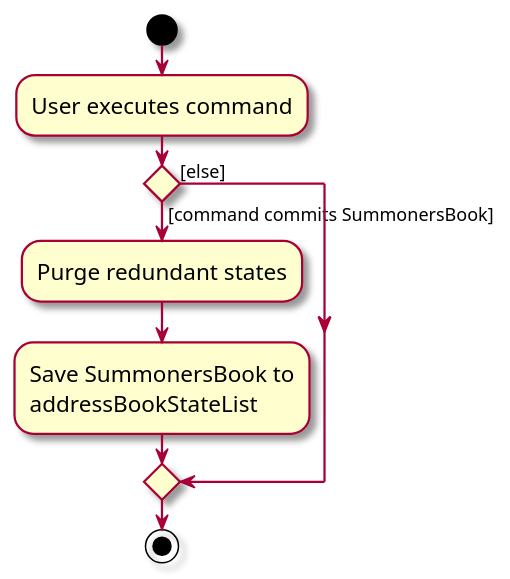
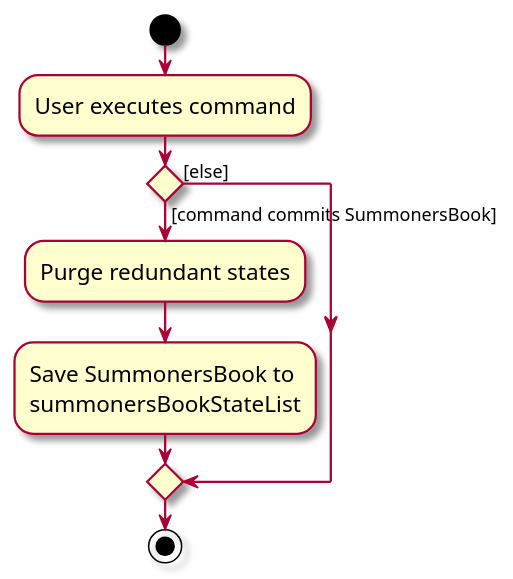
One commit to FatKidddd/tp changed the diagram in docs/diagrams/CommitActivityDiagram.puml. Above: the diagram before and after it, drawn with PlantUML. The commit also changed 22 other files, not shown here.

Commit message:
Change addressBook to summonersBook

```diff
--- a/docs/diagrams/CommitActivityDiagram.puml
+++ b/docs/diagrams/CommitActivityDiagram.puml
@@ -1,18 +1,18 @@
 @startuml
 skin rose
 skinparam ActivityFontSize 15
 skinparam ArrowFontSize 12
 start
 :User executes command;
 
 'Since the beta syntax does not support placing the condition outside the
 'diamond we place it as the true branch instead.
 
 if () then ([command commits SummonersBook])
     :Purge redundant states;
     :Save SummonersBook to
-    addressBookStateList;
+    summonersBookStateList;
 else ([else])
 endif
 stop
 @enduml
```
